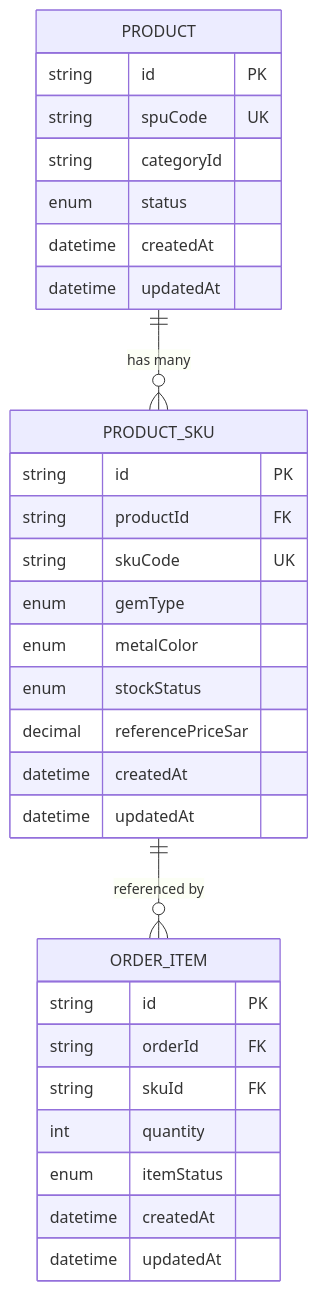
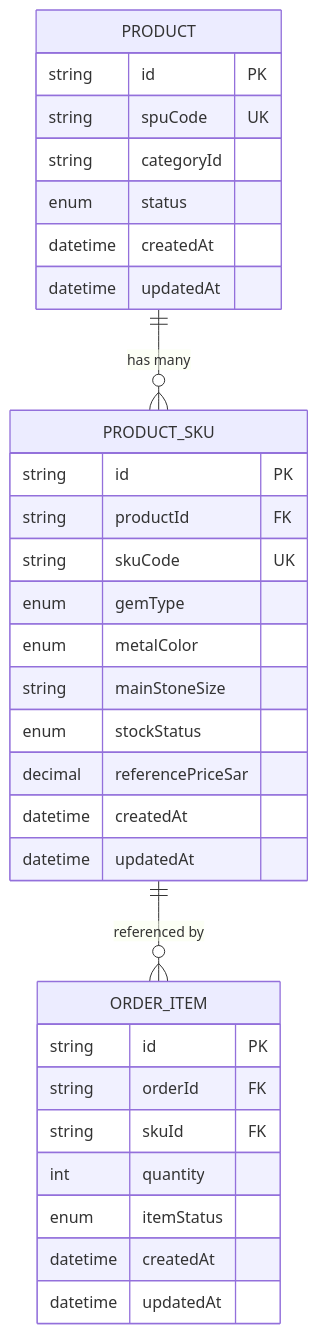
Before and after one commit to three3638-arch/celestia_2b: the eighth of 8 diagrams in .qoder/repowiki/zh/content/数据库设计/数据模型定义/商品SKU模型.md, drawn with Mermaid. The commit also changed other lines of this file and 14 other files, not shown here.

````diff
--- a/.qoder/repowiki/zh/content/数据库设计/数据模型定义/商品SKU模型.md
+++ b/.qoder/repowiki/zh/content/数据库设计/数据模型定义/商品SKU模型.md
@@ -298,33 +511,34 @@
 ```mermaid
 erDiagram
 PRODUCT {
 string id PK
 string spuCode UK
 string categoryId
 enum status
 datetime createdAt
 datetime updatedAt
 }
 PRODUCT_SKU {
 string id PK
 string productId FK
 string skuCode UK
 enum gemType
 enum metalColor
+string mainStoneSize
 enum stockStatus
 decimal referencePriceSar
 datetime createdAt
 datetime updatedAt
 }
 ORDER_ITEM {
 string id PK
 string orderId FK
 string skuId FK
 int quantity
 enum itemStatus
 datetime createdAt
 datetime updatedAt
 }
 PRODUCT ||--o{ PRODUCT_SKU : "has many"
 PRODUCT_SKU ||--o{ ORDER_ITEM : "referenced by"
 ```
````
